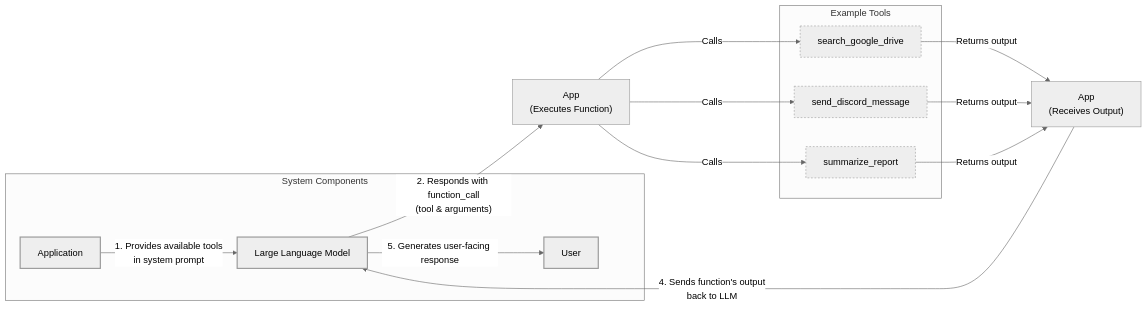
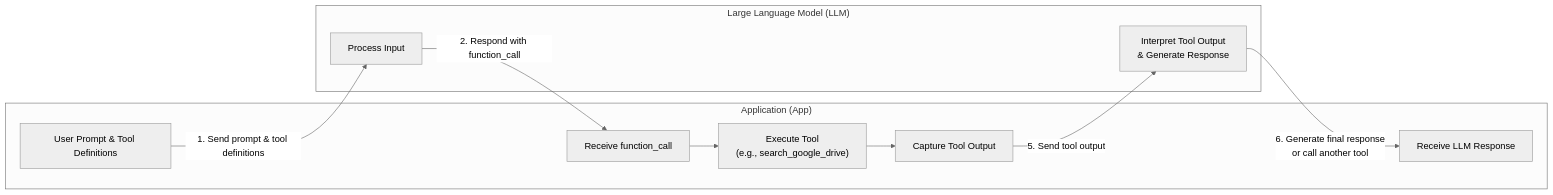
The first of 3 diagrams in RL_researcher_writer_ymaxing/rl_training_data/noise_experiment/06_tools__var_standard__replicate1__preset1/article.md (YMaXing/Research-Agent-reinforced-by-RL), drawn with Mermaid (neutral theme) before and after one commit. The commit also changed other lines of this file and 4528 other files, not shown here.

````diff
--- a/RL_researcher_writer_ymaxing/rl_training_data/noise_experiment/06_tools__var_standard__replicate1__preset1/article.md
+++ b/RL_researcher_writer_ymaxing/rl_training_data/noise_experiment/06_tools__var_standard__replicate1__preset1/article.md
@@ -34,37 +38,33 @@
 ```mermaid
 flowchart LR
-  %% System Components
-  subgraph "System Components"
-    App["Application"]
-    LLM["Large Language Model"]
-    User["User"]
+  subgraph "Application (App)"
+    A1["User Prompt & Tool Definitions"]
+    A2["Receive function_call"]
+    A3["Execute Tool<br/>(e.g., search_google_drive)"]
+    A4["Capture Tool Output"]
+    A5["Receive LLM Response"]
   end
 
-  %% Tool Examples
-  subgraph "Example Tools"
-    T1["search_google_drive"]
-    T2["send_discord_message"]
-    T3["summarize_report"]
+  subgraph "Large Language Model (LLM)"
+    L1["Process Input"]
+    L2["Interpret Tool Output<br/>& Generate Response"]
   end
 
-  %% Request-Execute-Respond Flow
-  App -- "1. Provides available tools<br/>in system prompt" --> LLM
-  LLM -- "2. Responds with function_call<br/>(tool & arguments)" --> App_Exec["App<br/>(Executes Function)"]
+  %% Step 1: App sends user prompt and tool definitions to LLM
+  A1 -- "1. Send prompt & tool definitions" --> L1
 
-  App_Exec -- "Calls" --> T1
-  App_Exec -- "Calls" --> T2
-  App_Exec -- "Calls" --> T3
+  %% Step 2: LLM responds with function_call to App
+  L1 -- "2. Respond with function_call" --> A2
 
-  T1 -- "Returns output" --> App_Output["App<br/>(Receives Output)"]
-  T2 -- "Returns output" --> App_Output
-  T3 -- "Returns output" --> App_Output
+  %% Step 3: App parses function_call and executes tool
+  A2 --> A3
 
-  App_Output -- "4. Sends function's output<br/>back to LLM" --> LLM
-  LLM -- "5. Generates user-facing response" --> User
+  %% Step 4: App captures output from executed tool
+  A3 --> A4
 
-  %% Visual Grouping
-  classDef system stroke-width:2px
-  class App,LLM,User system
-  classDef tool stroke-dasharray:3,3
-  class T1,T2,T3 tool
+  %% Step 5: App sends tool's output back to LLM
+  A4 -- "5. Send tool output" --> L2
+
+  %% Step 6: LLM interprets output and generates final response or calls another tool
+  L2 -- "6. Generate final response<br/>or call another tool" --> A5
 ```
````
